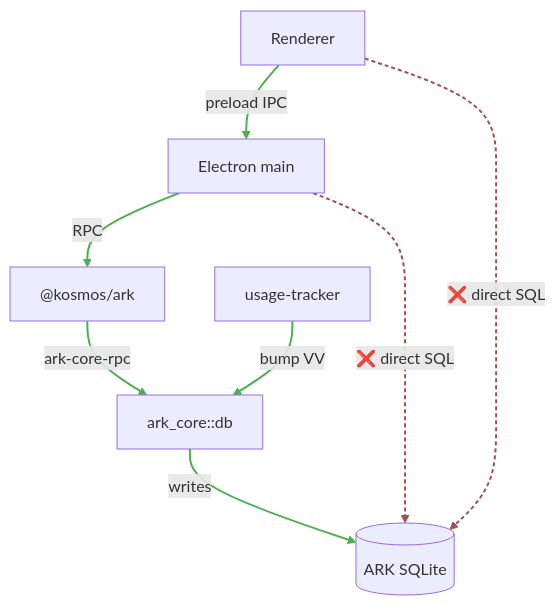
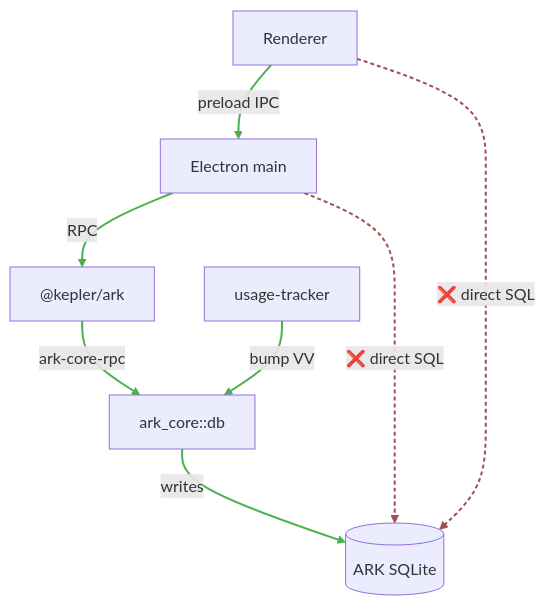
Before and after one commit to makekosmos/cortex: the diagram in docs-site/concepts/write-boundary.md, drawn with Mermaid. The commit also changed other lines of this file and 50 other files, not shown here.

````diff
--- a/docs-site/concepts/write-boundary.md
+++ b/docs-site/concepts/write-boundary.md
@@ -33,26 +33,26 @@
 ```mermaid
 flowchart TD
     R["Renderer"]
     M["Electron main"]
-    SDK["@kosmos/ark"]
+    SDK["@kepler/ark"]
     CORE["ark_core::db"]
     UT["usage-tracker"]
     DB[("ARK SQLite")]
 
     R -->|preload IPC| M
     M -->|RPC| SDK
     SDK -->|ark-core-rpc| CORE
     UT -->|bump VV| CORE
     CORE -->|writes| DB
 
     R -.->|"❌ direct SQL"| DB
     M -.->|"❌ direct SQL"| DB
 
     class SDK,CORE canon
     class UT shared
     class M,R neutral
     class DB neutral
     classDef forbidden fill:#3a1f1f,stroke:#a05050,color:#fff,stroke-dasharray:4 3
     linkStyle 0,1,2,3,4 stroke:#4caf50,stroke-width:2px
     linkStyle 5,6 stroke:#a05050,stroke-width:2px,stroke-dasharray:4 3
 ```
````
